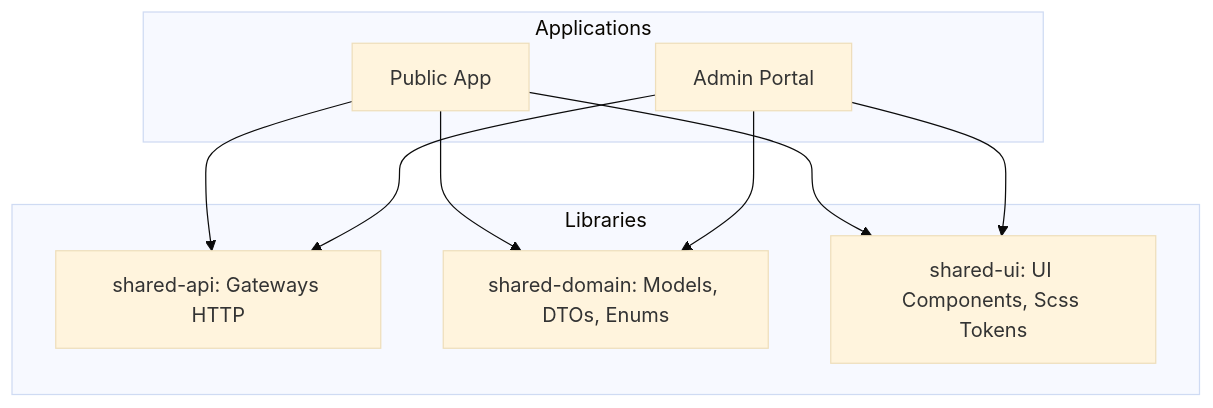
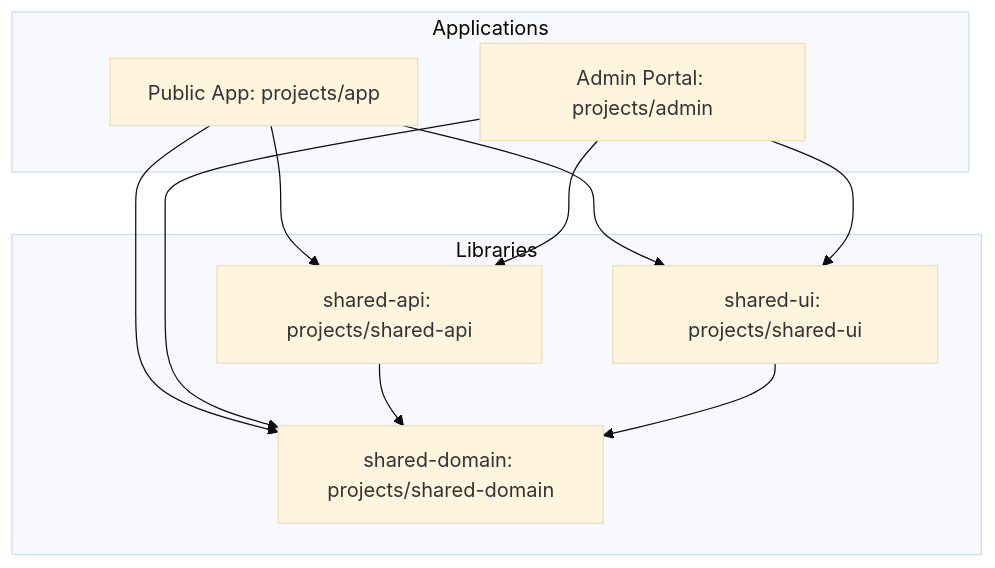
The third of 46 diagrams in docs/design_document.md (bbsebb/ashs-new), drawn with Mermaid (base theme) before and after one commit. The commit also changed other lines of this file, not shown here.

Commit message:
docs: add detailed frontend architecture and signal-based form architecture in admin

````diff
--- a/docs/design_document.md
+++ b/docs/design_document.md
@@ -72,16 +72,18 @@
 ```mermaid
 graph TD
     subgraph Applications
-        App[Public App]
-        Admin[Admin Portal]
+        App[Public App: projects/app]
+        Admin[Admin Portal: projects/admin]
     end
 
     subgraph Libraries
-        SAPI[shared-api: Gateways HTTP]
-        SDOM[shared-domain: Models, DTOs, Enums]
-        SUI[shared-ui: UI Components, Scss Tokens]
+        SAPI[shared-api: projects/shared-api]
+        SDOM[shared-domain: projects/shared-domain]
+        SUI[shared-ui: projects/shared-ui]
     end
 
     App --> SAPI & SDOM & SUI
     Admin --> SAPI & SDOM & SUI
+    SAPI --> SDOM
+    SUI --> SDOM
 ```
````
